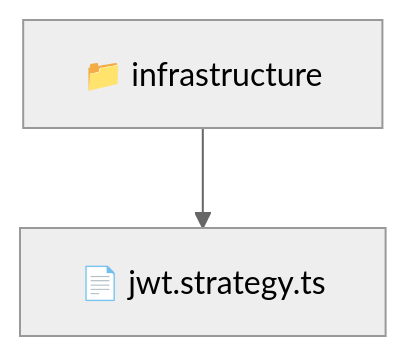
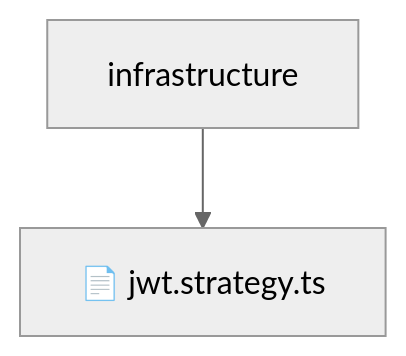
One commit to beginwebdev2002/fullstack-mavluda changed the diagram in backend/src/modules/auth/infrastructure/README.md. Above: the diagram before and after it, drawn with Mermaid (neutral theme). The commit also changed other lines of this file and 155 other files, not shown here.

````diff
--- a/backend/src/modules/auth/infrastructure/README.md
+++ b/backend/src/modules/auth/infrastructure/README.md
@@ -10,5 +14,5 @@
 ```mermaid
 graph TD
-  Root["📁 infrastructure"]
-  Root --> jwtstrategyts["📄 jwt.strategy.ts"]
+    Root[infrastructure]
+    Root --> F0[📄 jwt.strategy.ts]
 ```
````
